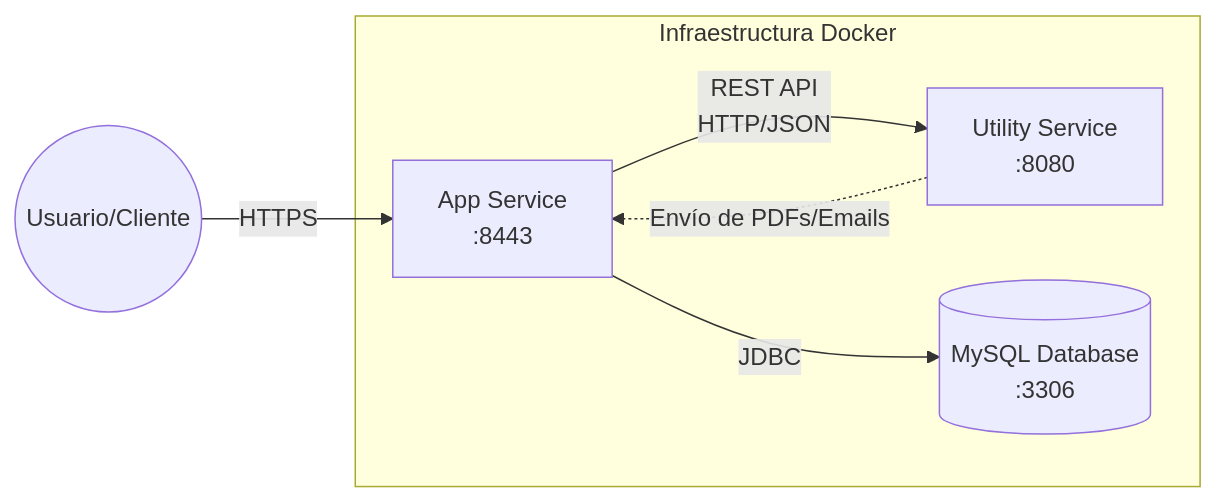
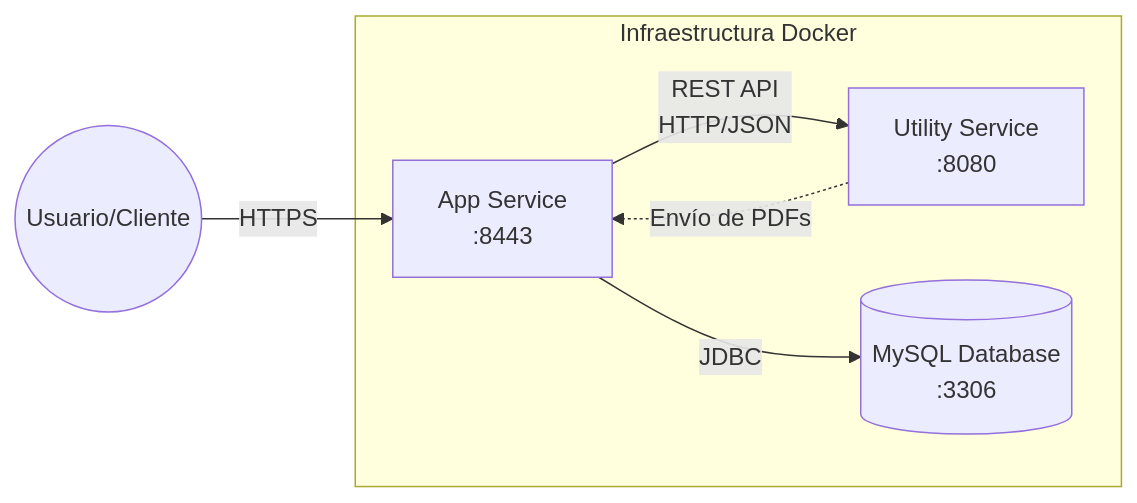
One commit to CodeURJC-SSDD-2025-26/practica-ssdd-2025-26-grupo-7 changed the diagram in README.md. Above: the diagram before and after it, drawn with Mermaid.

Commit message:
docs: remove email sending capability from system architecture diagram in README

````diff
--- a/README.md
+++ b/README.md
@@ -364,13 +364,13 @@
 ```mermaid
 graph LR
     subgraph "Infraestructura Docker"
         App[App Service <br/> :8443]
         Utility[Utility Service <br/> :8080]
         DB[(MySQL Database <br/> :3306)]
     end
     
     User((Usuario/Cliente)) -->|HTTPS| App
     App -->|JDBC| DB
     App -->|REST API <br/> HTTP/JSON| Utility
-    Utility -.->|Envío de PDFs/Emails| App
+    Utility -.->|Envío de PDFs| App
 ```
````
